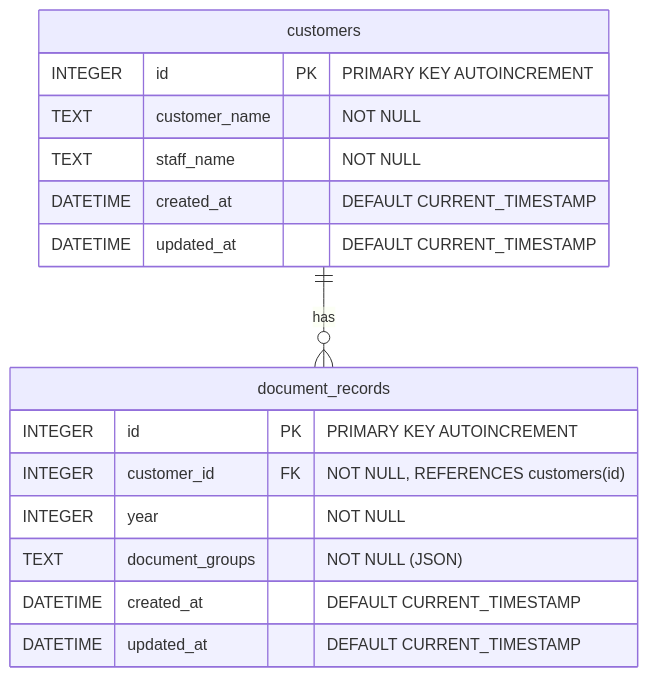
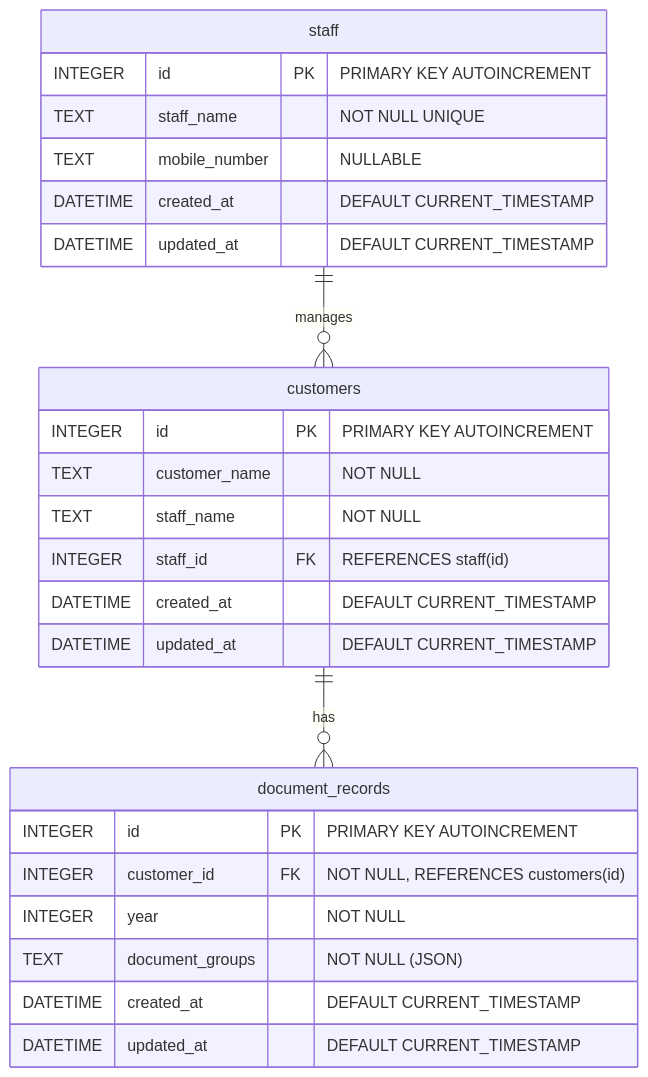
Before and after one commit to kojima1978/tax_apps: the diagram in apps/Required-documents-for-tax-return/backend/ER図.md, drawn with Mermaid. The commit also changed other lines of this file and 1 other file, not shown here.

Commit message:
docs: Update README and ER diagram with mobile number and return to standard features

````diff
--- a/apps/Required-documents-for-tax-return/backend/ER図.md
+++ b/apps/Required-documents-for-tax-return/backend/ER図.md
@@ -5,21 +5,31 @@
 ```mermaid
 erDiagram
+    staff ||--o{ customers : "manages"
     customers ||--o{ document_records : "has"
+
+    staff {
+        INTEGER id PK "PRIMARY KEY AUTOINCREMENT"
+        TEXT staff_name "NOT NULL UNIQUE"
+        TEXT mobile_number "NULLABLE"
+        DATETIME created_at "DEFAULT CURRENT_TIMESTAMP"
+        DATETIME updated_at "DEFAULT CURRENT_TIMESTAMP"
+    }
 
     customers {
         INTEGER id PK "PRIMARY KEY AUTOINCREMENT"
         TEXT customer_name "NOT NULL"
         TEXT staff_name "NOT NULL"
+        INTEGER staff_id FK "REFERENCES staff(id)"
         DATETIME created_at "DEFAULT CURRENT_TIMESTAMP"
         DATETIME updated_at "DEFAULT CURRENT_TIMESTAMP"
     }
 
     document_records {
         INTEGER id PK "PRIMARY KEY AUTOINCREMENT"
         INTEGER customer_id FK "NOT NULL, REFERENCES customers(id)"
         INTEGER year "NOT NULL"
         TEXT document_groups "NOT NULL (JSON)"
         DATETIME created_at "DEFAULT CURRENT_TIMESTAMP"
         DATETIME updated_at "DEFAULT CURRENT_TIMESTAMP"
     }
 ```
````
